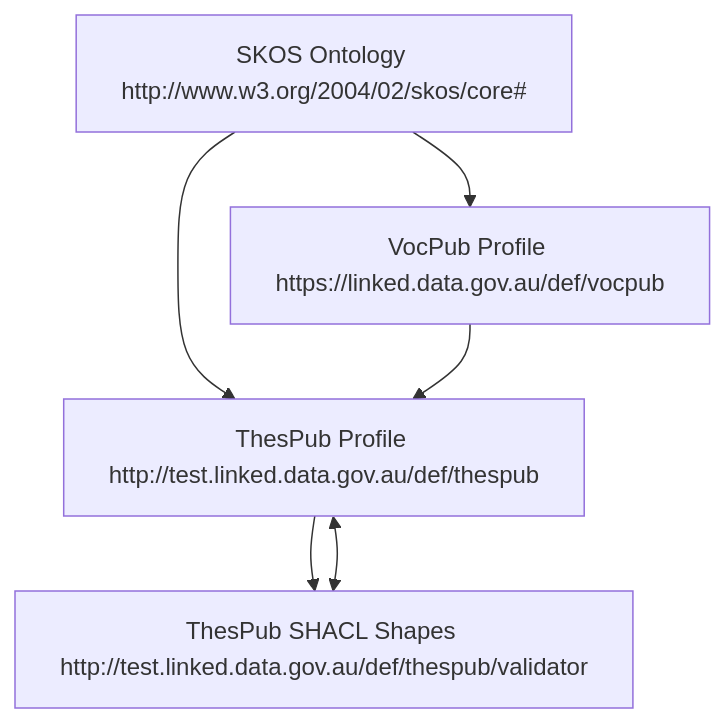
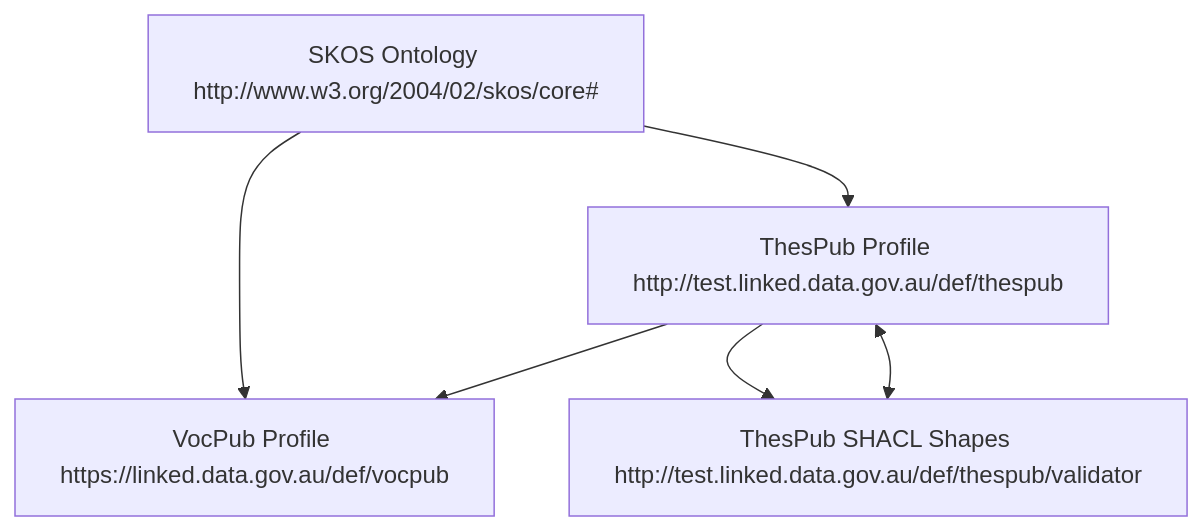
Before and after one commit to leskneebone/thespub: the diagram in README.md, drawn with Mermaid.

````diff
--- a/README.md
+++ b/README.md
@@ -20,15 +20,15 @@
 ```mermaid
 graph TD
 
 SKOS["SKOS Ontology http://www.w3.org/2004/02/skos/core#"]
 VOC["VocPub Profile https://linked.data.gov.au/def/vocpub"]
 THES["ThesPub Profile http://test.linked.data.gov.au/def/thespub"]
 SHACL["ThesPub SHACL Shapes http://test.linked.data.gov.au/def/thespub/validator"]
 
 SKOS --> VOC
 SKOS --> THES
-VOC --> THES
+THES --> VOC
 THES --> SHACL
 
 THES <--> SHACL
 ```
````
